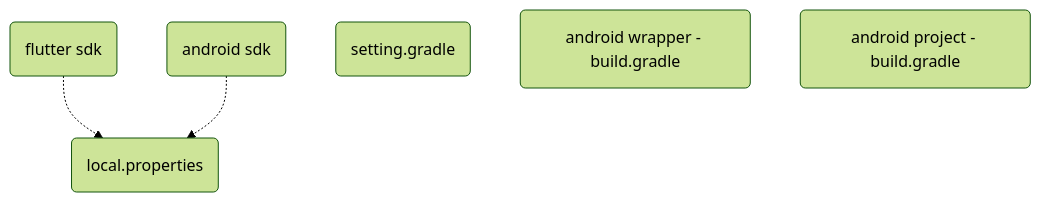
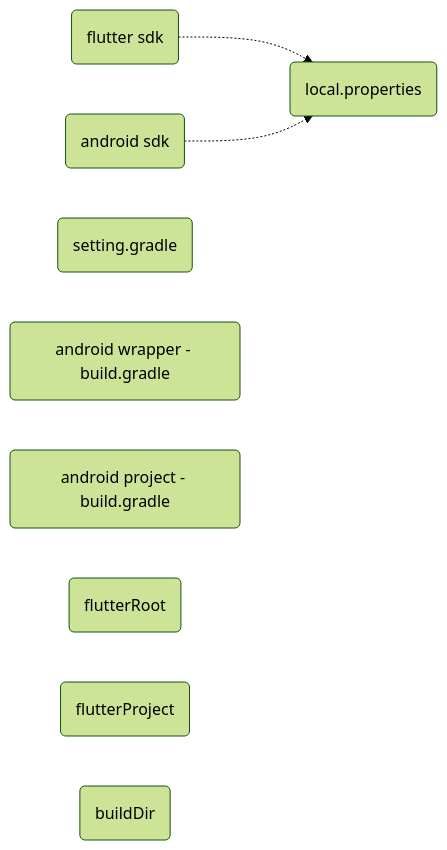
One commit to gordianknotC/nxp_note changed the second of 3 diagrams in flutter/addAndroidProjIntoFlutter.md. Above: the diagram before and after it, drawn with Mermaid (forest theme). The commit also changed other lines of this file, not shown here.

Commit message:
flutter/addAndroidProjIntoFlutter.md updated from https://stackedit.io/

````diff
--- a/flutter/addAndroidProjIntoFlutter.md
+++ b/flutter/addAndroidProjIntoFlutter.md
@@ -241,14 +241,17 @@
 ```mermaid
-graph TB
+graph LR
 	fdk(flutter sdk)
 	adk(android sdk)
 	loc(local.properties)
 	
 	set(setting.gradle)
 	b1(android wrapper - build.gradle)
 	b2(android project - build.gradle)
-	
+	dfr(flutterRoot)
+	dfp(flutterProject)
+	dfb(buildDir)
 	
 	fdk -.-> loc
 	adk -.-> loc
+	set 
 ```
````
